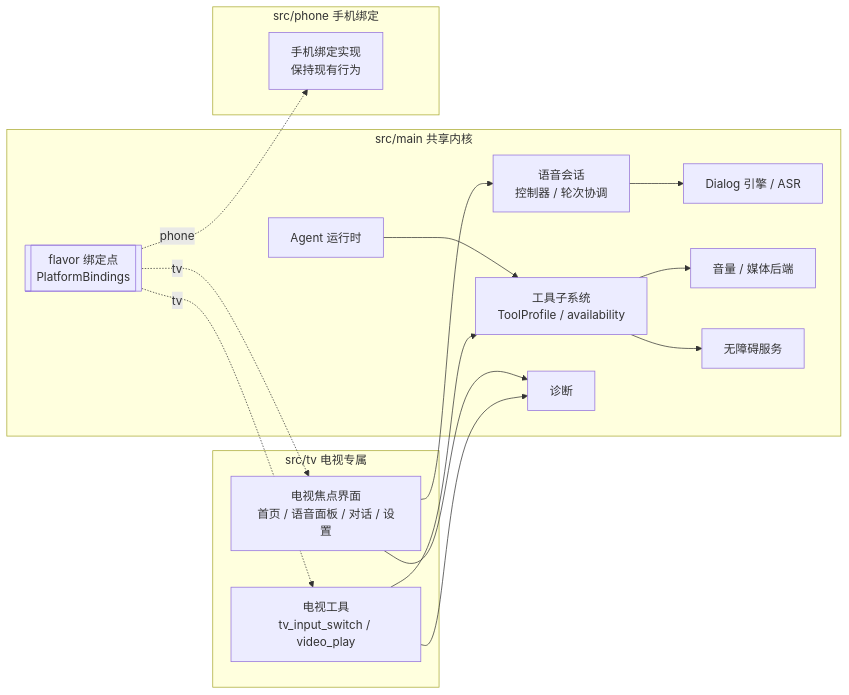
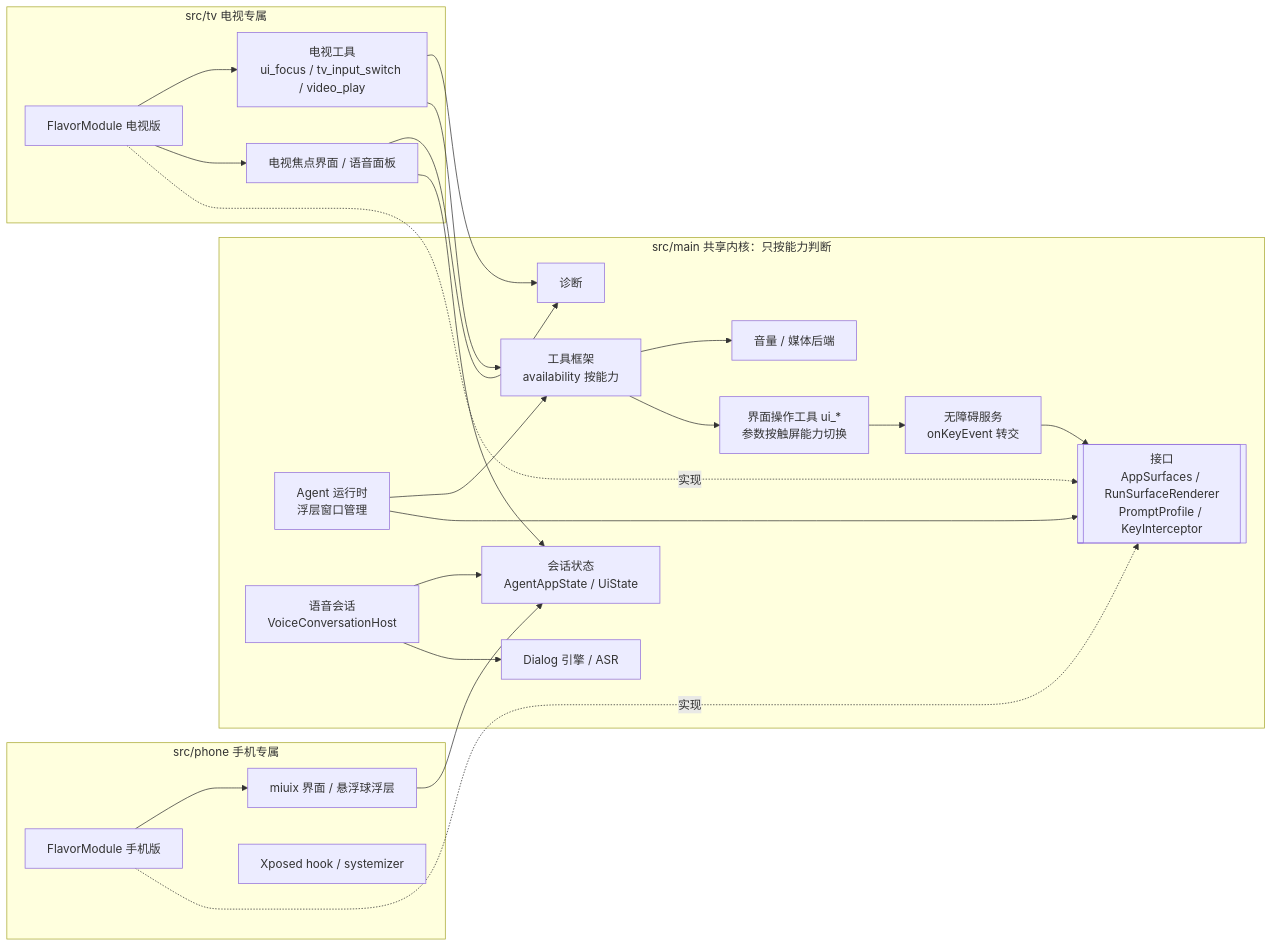
One commit to Fartown/Movo changed the first of 2 diagrams in docs/solutions/tv-voice-app/电视端语音App实施方案.md. Above: the diagram before and after it, drawn with Mermaid. The commit also changed other lines of this file and 278 other files, not shown here.

````diff
--- a/docs/solutions/tv-voice-app/电视端语音App实施方案.md
+++ b/docs/solutions/tv-voice-app/电视端语音App实施方案.md
@@ -158,29 +191,39 @@
 ```mermaid
 flowchart LR
-    subgraph main[src/main 共享内核]
-        RT[Agent 运行时]
-        TS[工具子系统<br/>ToolProfile / availability]
-        VC[语音会话<br/>控制器 / 轮次协调]
+    subgraph main[src/main 共享内核：只按能力判断]
+        RT[Agent 运行时<br/>浮层窗口管理]
+        TS[工具框架<br/>availability 按能力]
+        UT[界面操作工具 ui_*<br/>参数按触屏能力切换]
+        VC[语音会话<br/>VoiceConversationHost]
         DE[Dialog 引擎 / ASR]
         VOL[音量 / 媒体后端]
-        A11Y[无障碍服务]
+        A11Y[无障碍服务<br/>onKeyEvent 转交]
+        ST[会话状态<br/>AgentAppState / UiState]
         DG[诊断]
-        BIND[[flavor 绑定点<br/>PlatformBindings]]
+        PORT[[接口<br/>AppSurfaces / RunSurfaceRenderer<br/>PromptProfile / KeyInterceptor]]
+    end
+    subgraph phone[src/phone 手机专属]
+        PFM[FlavorModule 手机版]
+        PUI[miuix 界面 / 悬浮球浮层]
+        HK[Xposed hook / systemizer]
     end
     subgraph tv[src/tv 电视专属]
-        TUI[电视焦点界面<br/>首页 / 语音面板 / 对话 / 设置]
-        TT[电视工具<br/>tv_input_switch / video_play]
+        TFM[FlavorModule 电视版]
+        TUI[电视焦点界面 / 语音面板]
+        TT[电视工具<br/>ui_focus / tv_input_switch / video_play]
     end
-    subgraph phone[src/phone 手机绑定]
-        PB[手机绑定实现<br/>保持现有行为]
-    end
-    BIND -.tv.-> TUI & TT
-    BIND -.phone.-> PB
+    PFM -.实现.-> PORT
+    TFM -.实现.-> PORT
+    PFM --> PUI
+    TFM --> TUI & TT
+    RT --> PORT
+    RT --> TS
+    TS --> UT & VOL
+    UT --> A11Y
+    A11Y --> PORT
     VC --> DE
-    RT --> TS
-    TS --> VOL
-    TS --> A11Y
+    VC --> ST
+    PUI & TUI --> ST
     TT --> TS
-    TUI --> VC
     TUI & TT --> DG
 ```
````
